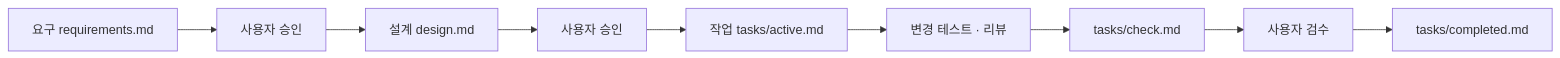
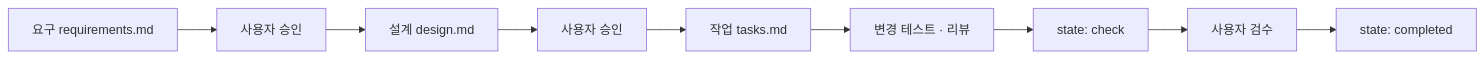
One commit to pscheol/harness-starter-kit changed the first of 2 diagrams in packages/templates/common/agents-docs/guides/sdd-pattern.md. Above: the diagram before and after it, drawn with Mermaid. The commit also changed other lines of this file and 59 other files, not shown here.

````diff
--- a/packages/templates/common/agents-docs/guides/sdd-pattern.md
+++ b/packages/templates/common/agents-docs/guides/sdd-pattern.md
@@ -6,7 +6,7 @@
 ```mermaid
 flowchart LR
   request["요구 requirements.md"] --> approval1["사용자 승인"] --> design["설계 design.md"]
-  design --> approval2["사용자 승인"] --> tasks["작업 tasks/active.md"]
-  tasks --> tests["변경 테스트 · 리뷰"] --> check["tasks/check.md"]
-  check --> approval3["사용자 검수"] --> completed["tasks/completed.md"]
+  design --> approval2["사용자 승인"] --> tasks["작업 tasks.md"]
+  tasks --> tests["변경 테스트 · 리뷰"] --> check["state: check"]
+  check --> approval3["사용자 검수"] --> completed["state: completed"]
 ```
````
